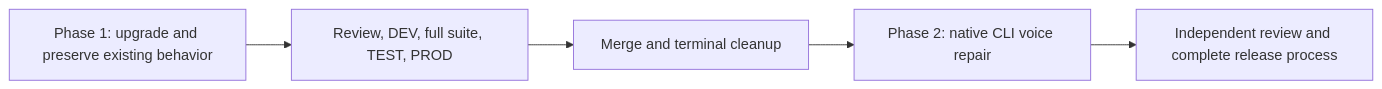
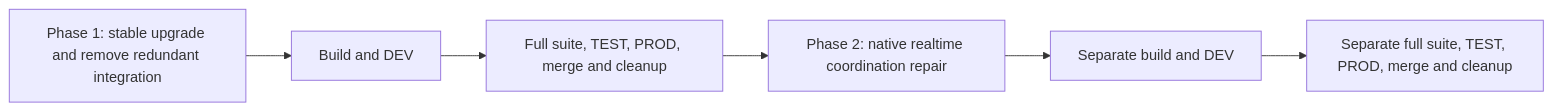
Before and after one commit to coletaylor788/puddles: the first of 2 diagrams in docs/plans/voice-consultation-through-agent-turn.md, drawn with Mermaid. The commit also changed other lines of this file, not shown here.

Commit message:
Redraft stable upgrade around native CLI behavior

````diff
--- a/docs/plans/voice-consultation-through-agent-turn.md
+++ b/docs/plans/voice-consultation-through-agent-turn.md
@@ -13,7 +19,8 @@
 ```mermaid
 flowchart LR
-  U[Phase 1: upgrade and preserve existing behavior] --> G[Review, DEV, full suite, TEST, PROD]
-  G --> C[Merge and terminal cleanup]
-  C --> P[Phase 2: native CLI voice repair]
-  P --> R[Independent review and complete release process]
+  U[Phase 1: stable upgrade and remove redundant integration] --> D[Build and DEV]
+  D --> P[Full suite, TEST, PROD, merge and cleanup]
+  P --> V[Phase 2: native realtime coordination repair]
+  V --> D2[Separate build and DEV]
+  D2 --> P2[Separate full suite, TEST, PROD, merge and cleanup]
 ```
````
